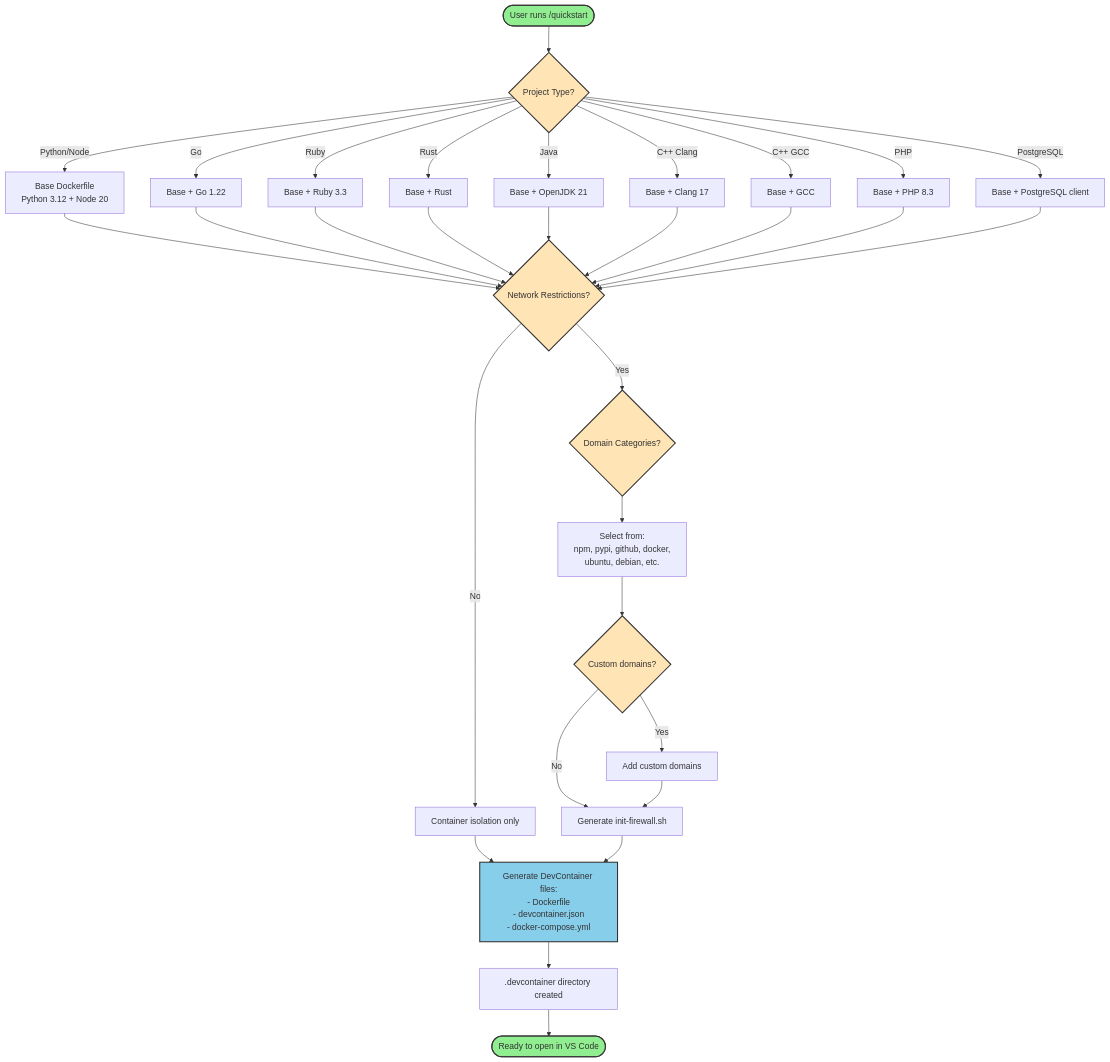
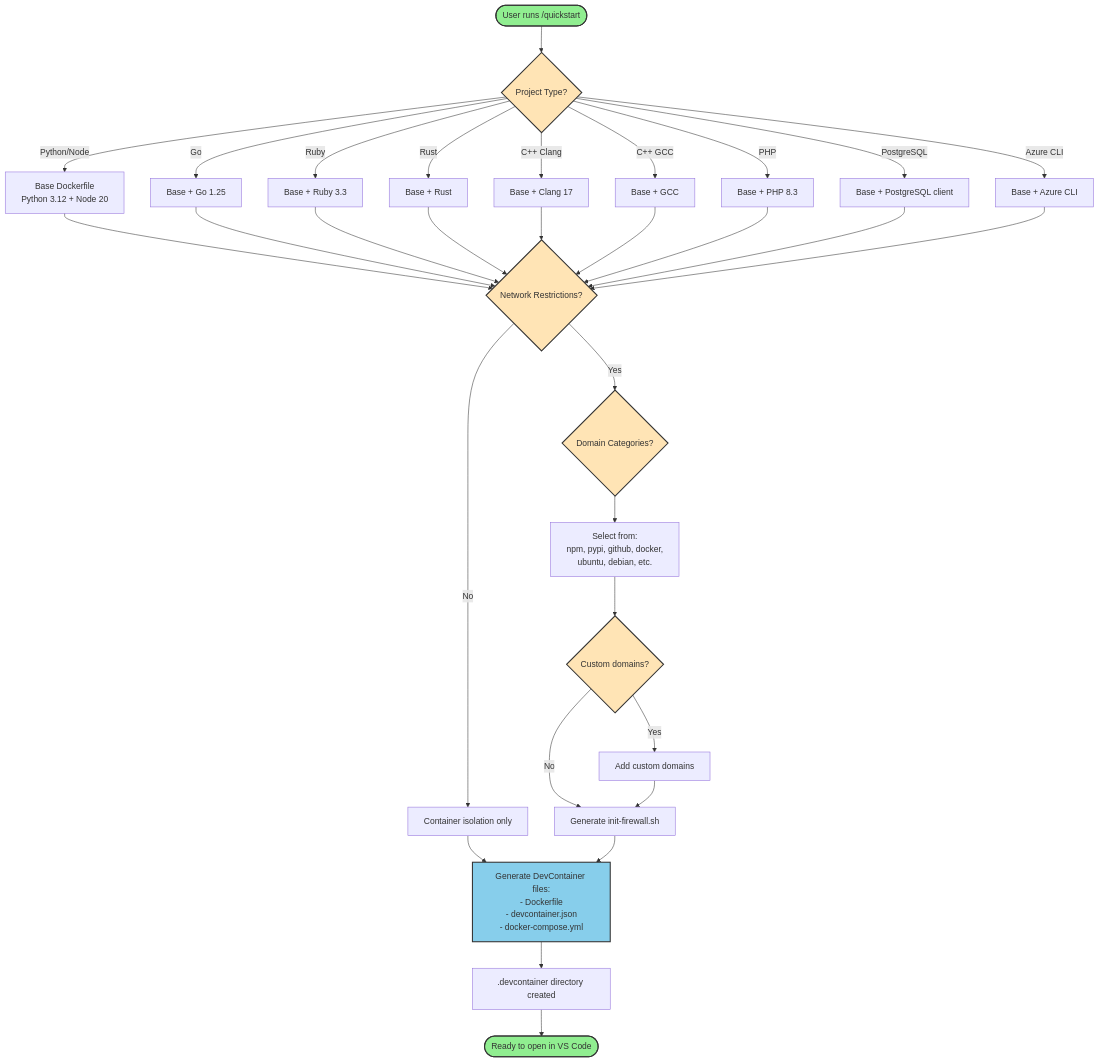
One commit to andrewcchoi/windows-sandbox changed the diagram in docs/diagrams/quickstart-flow.mmd. Above: the diagram before and after it, drawn with Mermaid. The commit also changed 6 other files, not shown here.

First line of the commit message:
docs: update README with experimental warnings and fix diagrams

```diff
--- a/docs/diagrams/quickstart-flow.mmd
+++ b/docs/diagrams/quickstart-flow.mmd
@@ -1,45 +1,45 @@
 flowchart TD
     Start([User runs /quickstart]) --> Q1{Project Type?}
 
     Q1 -->|Python/Node| Base[Base Dockerfile<br/>Python 3.12 + Node 20]
-    Q1 -->|Go| GoPartial[Base + Go 1.22]
+    Q1 -->|Go| GoPartial[Base + Go 1.25]
     Q1 -->|Ruby| RubyPartial[Base + Ruby 3.3]
     Q1 -->|Rust| RustPartial[Base + Rust]
-    Q1 -->|Java| JavaPartial[Base + OpenJDK 21]
     Q1 -->|C++ Clang| ClangPartial[Base + Clang 17]
     Q1 -->|C++ GCC| GCCPartial[Base + GCC]
     Q1 -->|PHP| PHPPartial[Base + PHP 8.3]
     Q1 -->|PostgreSQL| PGPartial[Base + PostgreSQL client]
+    Q1 -->|Azure CLI| AzurePartial[Base + Azure CLI]
 
     Base --> Q2{Network Restrictions?}
     GoPartial --> Q2
     RubyPartial --> Q2
     RustPartial --> Q2
-    JavaPartial --> Q2
     ClangPartial --> Q2
     GCCPartial --> Q2
     PHPPartial --> Q2
     PGPartial --> Q2
+    AzurePartial --> Q2
 
     Q2 -->|No| NoFW[Container isolation only]
     Q2 -->|Yes| Q3{Domain Categories?}
 
     Q3 --> Domains[Select from:<br/>npm, pypi, github, docker,<br/>ubuntu, debian, etc.]
     Domains --> Custom{Custom domains?}
     Custom -->|Yes| AddCustom[Add custom domains]
     Custom -->|No| FW[Generate init-firewall.sh]
     AddCustom --> FW
 
     NoFW --> Generate[Generate DevContainer files:<br/>- Dockerfile<br/>- devcontainer.json<br/>- docker-compose.yml]
     FW --> Generate
 
     Generate --> Files[.devcontainer directory created]
     Files --> Done([Ready to open in VS Code])
 
     style Start fill:#90EE90,stroke:#333,stroke-width:2px
     style Done fill:#90EE90,stroke:#333,stroke-width:2px
     style Q1 fill:#FFE4B5,stroke:#333,stroke-width:2px
     style Q2 fill:#FFE4B5,stroke:#333,stroke-width:2px
     style Q3 fill:#FFE4B5,stroke:#333,stroke-width:2px
     style Custom fill:#FFE4B5,stroke:#333,stroke-width:2px
     style Generate fill:#87CEEB,stroke:#333,stroke-width:2px
```
